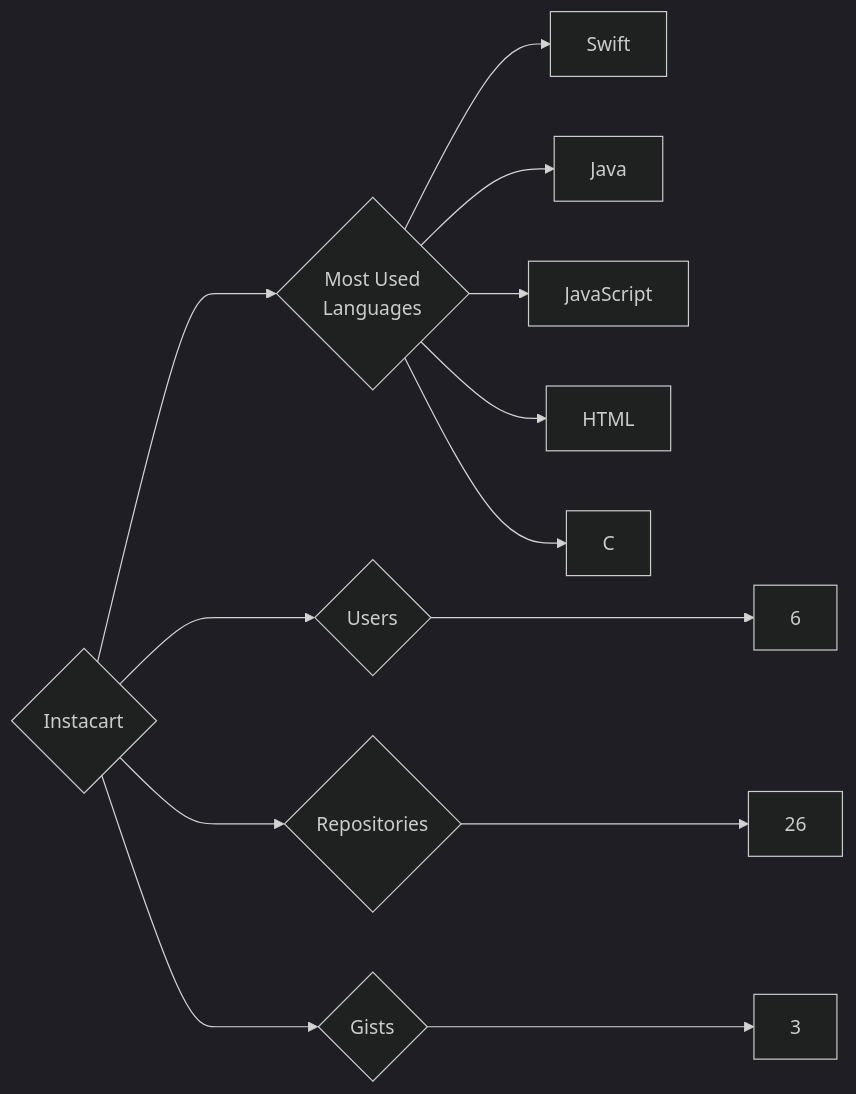
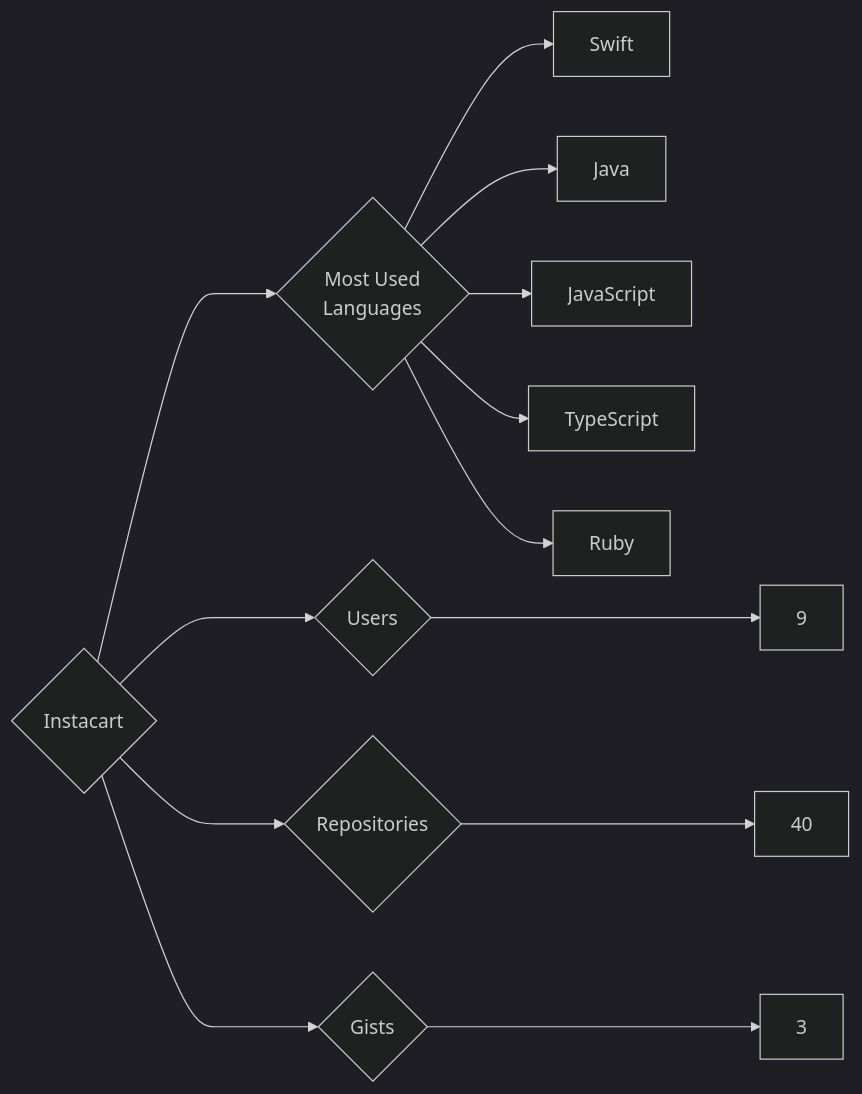
The diagram in targets/Instacart/README.md (trickest/insiders), drawn with Mermaid (dark theme) before and after one commit. The commit also changed 1084 other files, not shown here.

````diff
--- a/targets/Instacart/README.md
+++ b/targets/Instacart/README.md
@@ -3,13 +3,13 @@
 ```mermaid
 graph LR
 COMPANY_NAME{Instacart}
-COMPANY_NAME ---> U{Users} ---> UN[6]
-COMPANY_NAME ---> R{Repositories} ---> RN[26]
+COMPANY_NAME ---> U{Users} ---> UN[9]
+COMPANY_NAME ---> R{Repositories} ---> RN[40]
 COMPANY_NAME ---> G{Gists} ---> GN[3]
 COMPANY_NAME ---> ML{Most Used<br>Languages}
 ML --> Swift[Swift]
 ML --> Java[Java]
 ML --> JavaScript[JavaScript]
-ML --> HTML[HTML]
-ML --> C[C]
+ML --> TypeScript[TypeScript]
+ML --> Ruby[Ruby]
 ```
````
